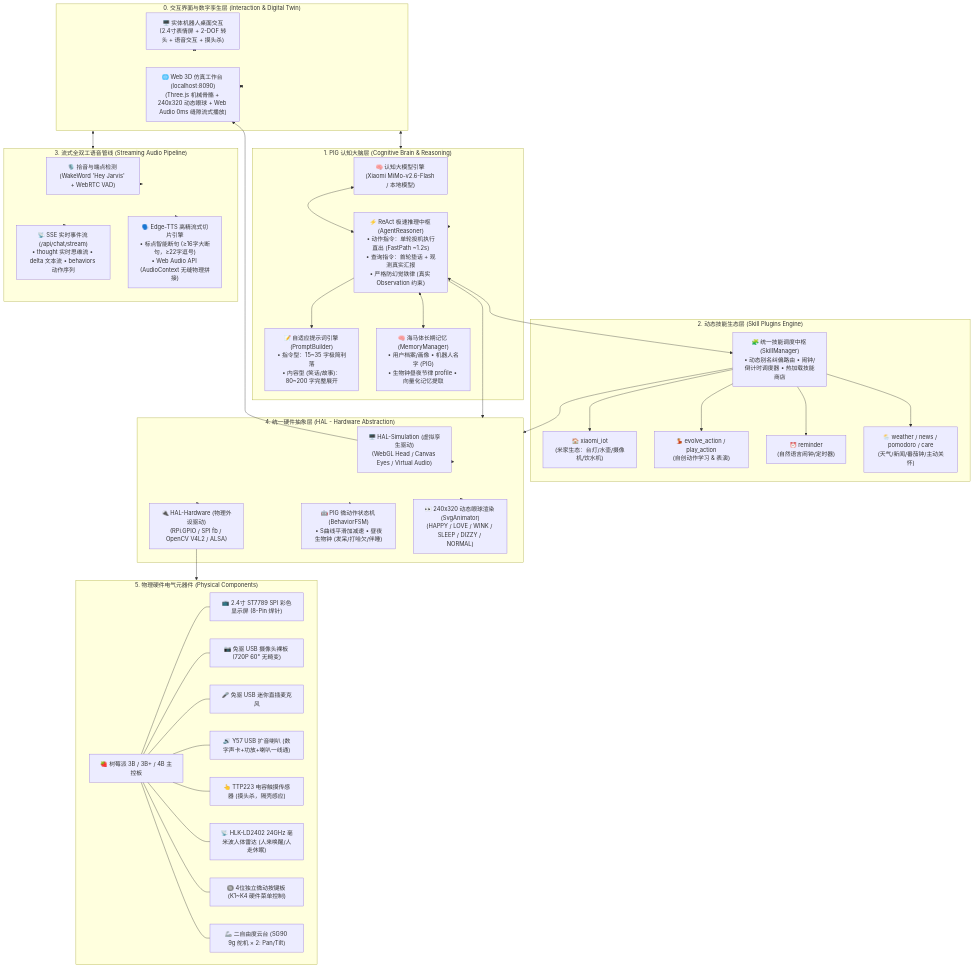
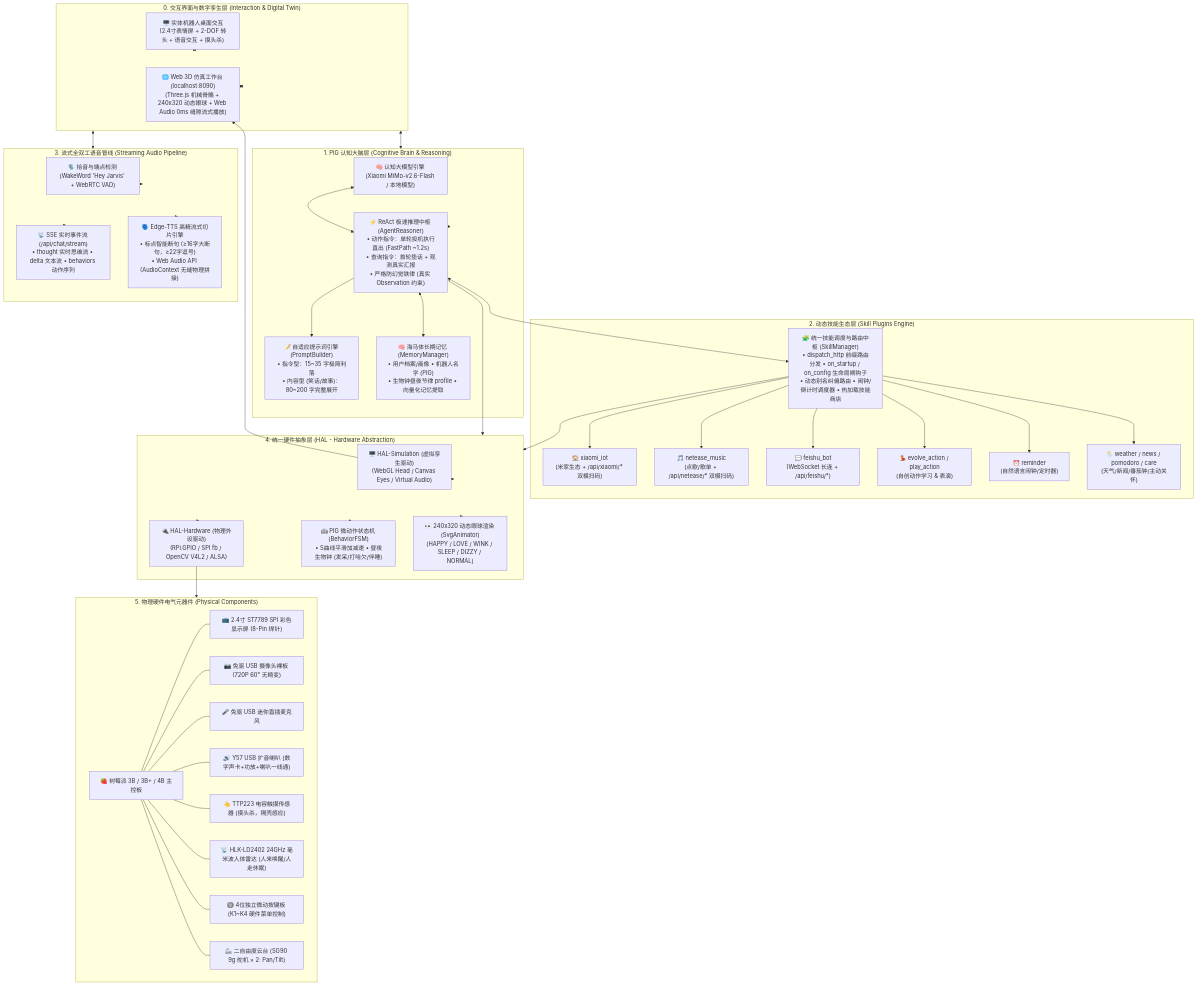
The first of 3 diagrams in docs/SYSTEM_ARCHITECTURE.md (Yugle/PIG), drawn with Mermaid before and after one commit. The commit also changed other lines of this file and 2 other files, not shown here.

Commit message:
docs: update README and architecture docs for app.py, plugin routing/hooks, and Vercel OTA

```diff
--- a/docs/SYSTEM_ARCHITECTURE.md
+++ b/docs/SYSTEM_ARCHITECTURE.md
@@ -26,8 +26,10 @@
 
     %% ======================= 第二层：技能插件生态 =======================
     subgraph Skill_Layer ["2. 动态技能生态层 (Skill Plugins Engine)"]
-        SkillMgr["🧩 统一技能调度中枢 (SkillManager)<br/>• 动态别名纠偏路由 • 闹钟/倒计时调度器 • 热加载技能商店"]
-        IoT["🏠 xiaomi_iot<br/>(米家生态：台灯/水壶/摄像机/饮水机)"]
+        SkillMgr["🧩 统一技能调度与路由中枢 (SkillManager)<br/>• dispatch_http 前缀路由分发 • on_startup / on_config 生命周期钩子<br/>• 动态别名纠偏路由 • 闹钟/倒计时调度器 • 热加载技能商店"]
+        IoT["🏠 xiaomi_iot<br/>(米家生态 + /api/xiaomi/* 双模扫码)"]
+        NeteaseSkill["🎵 netease_music<br/>(点歌/歌单 + /api/netease/* 双模扫码)"]
+        FeishuSkill["💬 feishu_bot<br/>(WebSocket 长连 + /api/feishu/*)"]
         ActionSkill["💃 evolve_action / play_action<br/>(自创动作学习 & 表演)"]
         ReminderSkill["⏰ reminder<br/>(自然语言闹钟/定时器)"]
         OtherSkills["🌦️ weather / news / pomodoro / care<br/>(天气/新闻/番茄钟/主动关怀)"]
@@ -75,6 +77,8 @@
     Reasoner <--> SkillMgr
 
     SkillMgr --> IoT
+    SkillMgr --> NeteaseSkill
+    SkillMgr --> FeishuSkill
     SkillMgr --> ActionSkill
     SkillMgr --> ReminderSkill
     SkillMgr --> OtherSkills
```
